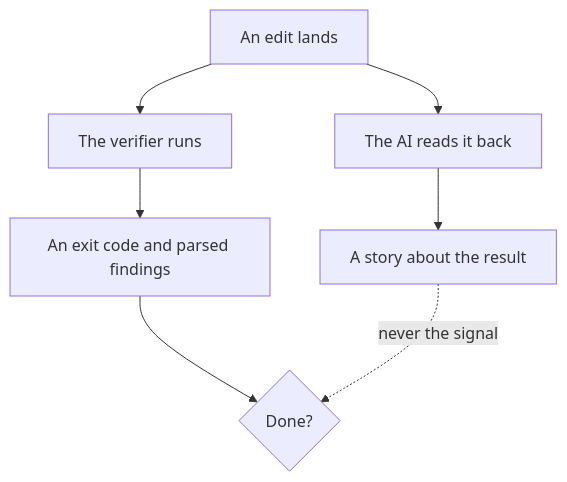
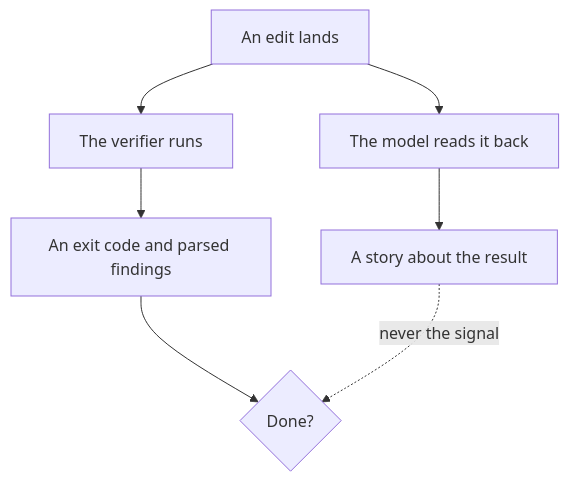
The first of 14 diagrams in VERIFY.md (Varietyz/Disciplined-AI-Software-Development), drawn with Mermaid before and after one commit. The commit also changed other lines of this file and 25 other files, not shown here.

````diff
--- a/VERIFY.md
+++ b/VERIFY.md
@@ -37,12 +33,12 @@
 ```mermaid
 flowchart TB
 edit["An edit lands"]
-read["The AI reads it back"]
+read["The model reads it back"]
 story["A story about the result"]
 run["The verifier runs"]
 exit["An exit code and parsed findings"]
 done{"Done?"}
 edit --> read --> story
 edit --> run --> exit --> done
 story -. never the signal .-> done
 ```
````
